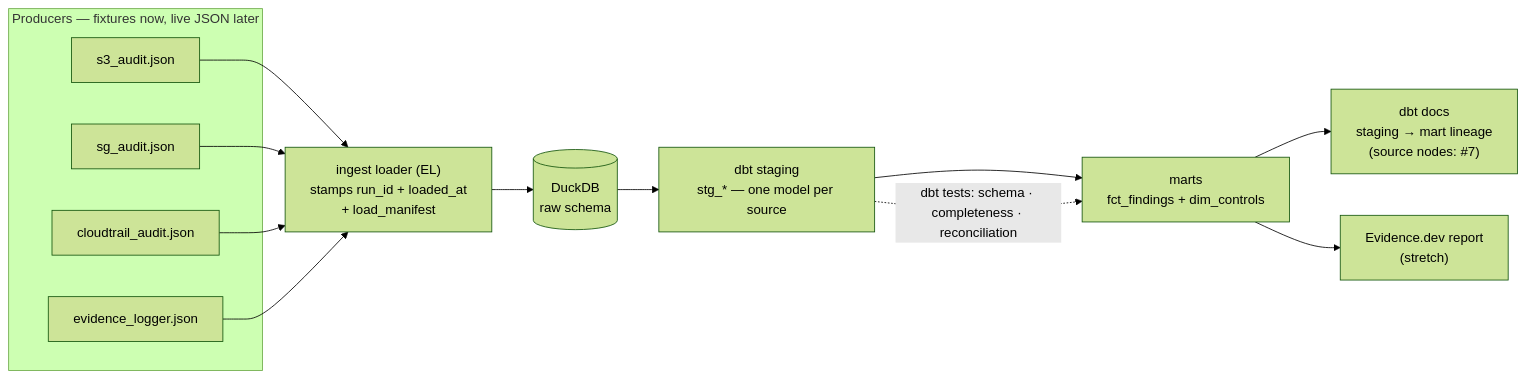
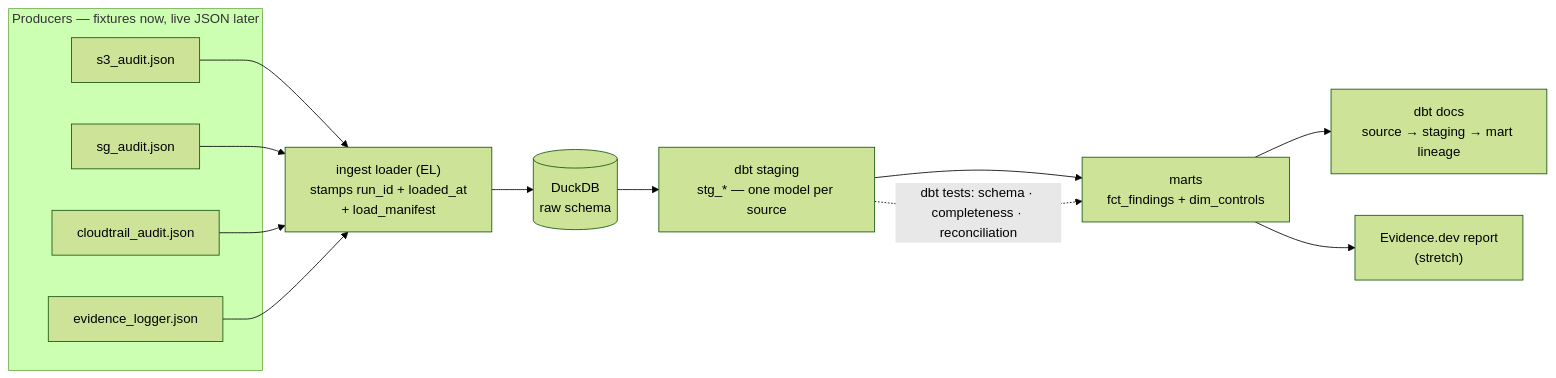
The diagram in README.md (0xBahalaNa/grc-engineering-evidence-warehouse), drawn with Mermaid (forest theme) before and after one commit. The commit also changed other lines of this file and 9 other files, not shown here.

Commit message:
feat: declare dbt sources and publish source→mart lineage docs (#7) (#34)

````diff
--- a/README.md
+++ b/README.md
@@ -25,16 +25,16 @@
 ```mermaid
 graph LR
     subgraph P [Producers — fixtures now, live JSON later]
         A1[s3_audit.json]
         A2[sg_audit.json]
         A3[cloudtrail_audit.json]
         A4[evidence_logger.json]
     end
     A1 & A2 & A3 & A4 --> B["ingest loader (EL)<br/>stamps run_id + loaded_at<br/>+ load_manifest"]
     B --> C[("DuckDB<br/>raw schema")]
     C --> D["dbt staging<br/>stg_* — one model per source"]
     D --> E["marts<br/>fct_findings + dim_controls"]
-    E --> F["dbt docs<br/>staging → mart lineage<br/>(source nodes: #7)"]
+    E --> F["dbt docs<br/>source → staging → mart lineage"]
     E --> G["Evidence.dev report<br/>(stretch)"]
     D -.->|"dbt tests: schema · completeness · reconciliation"| E
 ```
````
